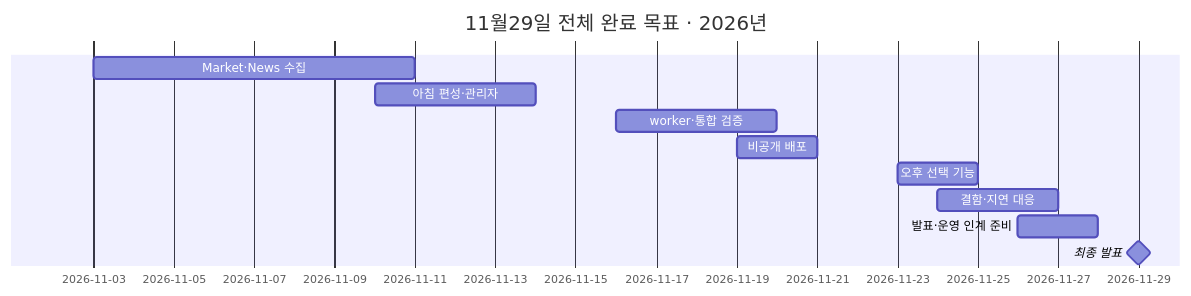
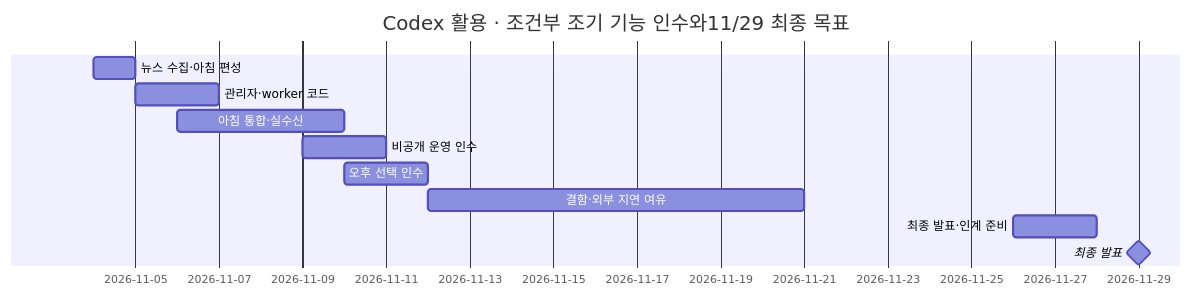
One commit to luvulmi/xfolio changed the second of 2 diagrams in docs/프로젝트_기획서.md. Above: the diagram before and after it, drawn with Mermaid. The commit also changed other lines of this file and 12 other files, not shown here.

````diff
--- a/docs/프로젝트_기획서.md
+++ b/docs/프로젝트_기획서.md
@@ -95,13 +97,13 @@
 ```mermaid
 gantt
-    title 11월29일 전체 완료 목표 · 2026년
+    title Codex 활용 · 조건부 조기 기능 인수와11/29 최종 목표
     dateFormat YYYY-MM-DD
-    Market·News 수집 :2026-11-03, 2026-11-11
-    아침 편성·관리자 :2026-11-10, 2026-11-14
-    worker·통합 검증 :2026-11-16, 2026-11-20
-    비공개 배포 :2026-11-19, 2026-11-21
-    오후 선택 기능 :2026-11-23, 2026-11-25
-    결함·지연 대응 :2026-11-24, 2026-11-27
-    발표·운영 인계 준비 :2026-11-26, 2026-11-28
+    뉴스 수집·아침 편성 :2026-11-04, 2026-11-05
+    관리자·worker 코드 :2026-11-05, 2026-11-07
+    아침 통합·실수신 :2026-11-06, 2026-11-10
+    비공개 운영 인수 :2026-11-09, 2026-11-11
+    오후 선택 인수 :2026-11-10, 2026-11-12
+    결함·외부 지연 여유 :2026-11-12, 2026-11-21
+    최종 발표·인계 준비 :2026-11-26, 2026-11-28
     최종 발표 :milestone, 2026-11-29, 0d
 ```
````
